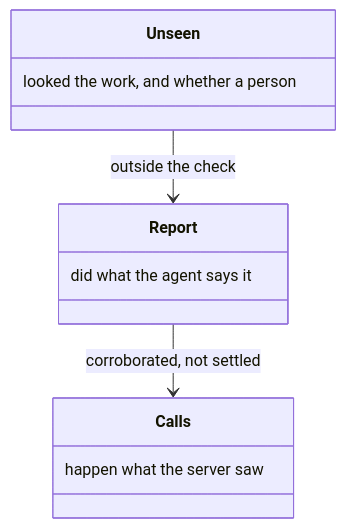
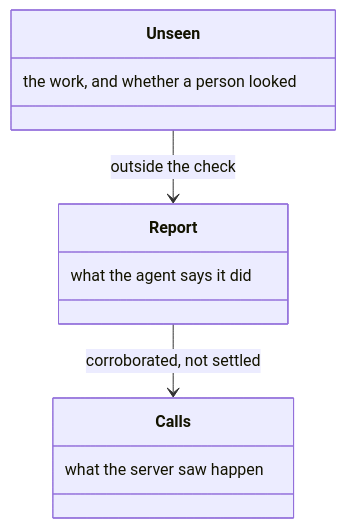
Diagram 16 of 16 in docs/fidelity.md (m2ux/workflow-server), drawn with Mermaid before and after one commit. The commit also changed other lines of this file and 10 other files, not shown here.

Commit message:
Write each class-box note in reading order so the diagram shows the phrase as written.

````diff
--- a/docs/fidelity.md
+++ b/docs/fidelity.md
@@ -408,14 +408,14 @@
 ```mermaid
 classDiagram
   class Report {
-    did what the agent says it
+    what the agent says it did
   }
   class Calls {
-    happen what the server saw
+    what the server saw happen
   }
   class Unseen {
-    looked the work, and whether a person
+    the work, and whether a person looked
   }
   Report --> Calls : corroborated, not settled
   Unseen --> Report : outside the check
 ```
````
